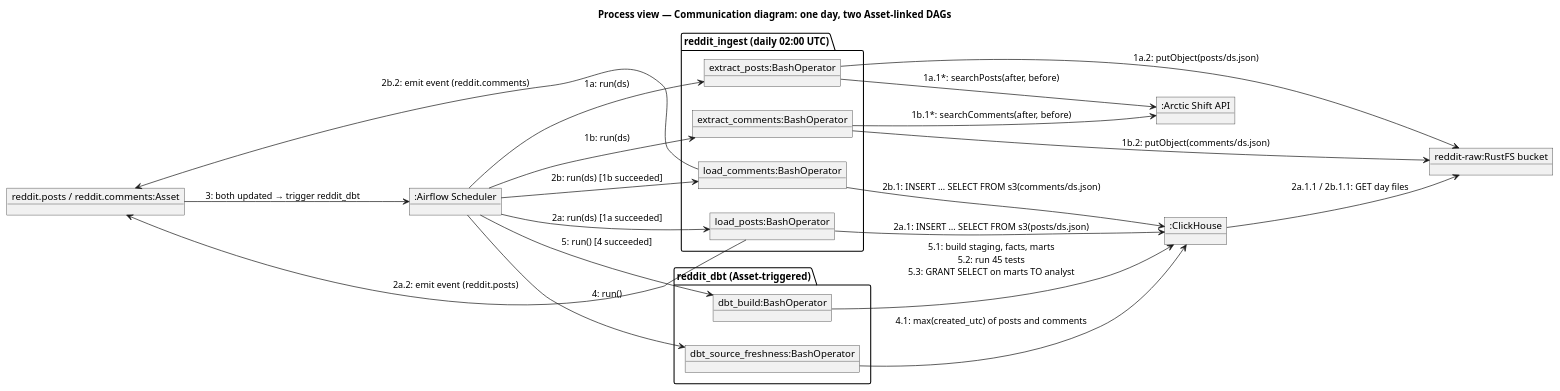
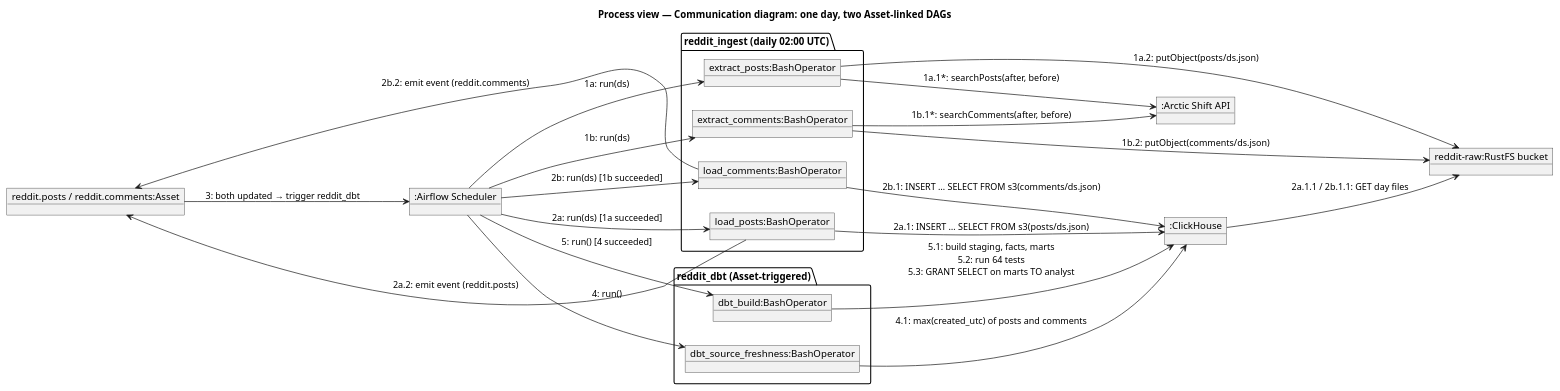
The diagram in docs/architecture/diagrams/communication-daily-run.puml (modsomjeed/reddit-dataeng), drawn with PlantUML before and after one commit. The commit also changed 5 other files, not shown here.

Commit message:
docs(architecture): add the dashboard marts to the logical view

```diff
--- a/docs/architecture/diagrams/communication-daily-run.puml
+++ b/docs/architecture/diagrams/communication-daily-run.puml
@@ -1,40 +1,40 @@
 @startuml communication-daily-run
 title Process view — Communication diagram: one day, two Asset-linked DAGs
 skinparam shadowing false
 left to right direction
 
 object ":Airflow Scheduler" as scheduler
 package "reddit_ingest (daily 02:00 UTC)" {
   object "extract_posts:BashOperator" as extractp
   object "extract_comments:BashOperator" as extractc
   object "load_posts:BashOperator" as loadp
   object "load_comments:BashOperator" as loadc
 }
 package "reddit_dbt (Asset-triggered)" {
   object "dbt_source_freshness:BashOperator" as fresh
   object "dbt_build:BashOperator" as dbt
 }
 object "reddit.posts / reddit.comments:Asset" as assets
 object ":Arctic Shift API" as arctic
 object "reddit-raw:RustFS bucket" as bucket
 object ":ClickHouse" as ch
 
 scheduler --> extractp : "1a: run(ds)"
 scheduler --> extractc : "1b: run(ds)"
 extractp --> arctic : "1a.1*: searchPosts(after, before)"
 extractc --> arctic : "1b.1*: searchComments(after, before)"
 extractp --> bucket : "1a.2: putObject(posts/ds.json)"
 extractc --> bucket : "1b.2: putObject(comments/ds.json)"
 scheduler --> loadp : "2a: run(ds) [1a succeeded]"
 scheduler --> loadc : "2b: run(ds) [1b succeeded]"
 loadp --> ch : "2a.1: INSERT … SELECT FROM s3(posts/ds.json)"
 loadc --> ch : "2b.1: INSERT … SELECT FROM s3(comments/ds.json)"
 ch --> bucket : "2a.1.1 / 2b.1.1: GET day files"
 loadp --> assets : "2a.2: emit event (reddit.posts)"
 loadc --> assets : "2b.2: emit event (reddit.comments)"
 assets --> scheduler : "3: both updated → trigger reddit_dbt"
 scheduler --> fresh : "4: run()"
 fresh --> ch : "4.1: max(created_utc) of posts and comments"
 scheduler --> dbt : "5: run() [4 succeeded]"
-dbt --> ch : "5.1: build staging, facts, marts\n5.2: run 45 tests\n5.3: GRANT SELECT on marts TO analyst"
+dbt --> ch : "5.1: build staging, facts, marts\n5.2: run 64 tests\n5.3: GRANT SELECT on marts TO analyst"
 @enduml
```
